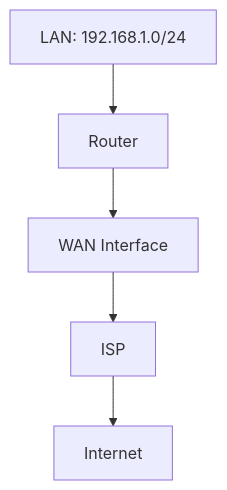
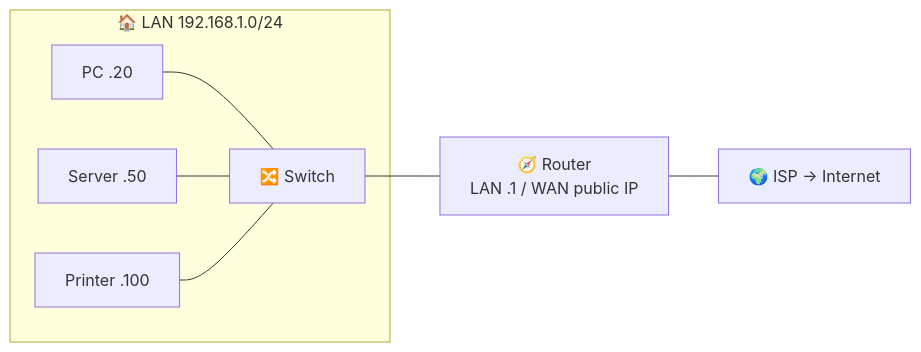
One commit to RyanM-Dev/My-Summery changed the second of 12 diagrams in DevOps/NaNa/Linux/6. Networking Fundamentals.md. Above: the diagram before and after it, drawn with Mermaid. The commit also changed other lines of this file and 16 other files, not shown here.

````diff
--- a/DevOps/NaNa/Linux/6. Networking Fundamentals.md
+++ b/DevOps/NaNa/Linux/6. Networking Fundamentals.md
@@ -421,12 +94,10 @@
 ```mermaid
-flowchart TD
-    N0["LAN: 192.168.1.0/24"]
-    N1["Router"]
-    N2["WAN Interface"]
-    N3["ISP"]
-    N4["Internet"]
-    N0 --> N1
-    N1 --> N2
-    N2 --> N3
-    N3 --> N4
+flowchart LR
+    subgraph LAN ["🏠 LAN 192.168.1.0/24"]
+        PC["PC .20"] --- SW["🔀 Switch"]
+        SRV["Server .50"] --- SW
+        PR["Printer .100"] --- SW
+    end
+    SW --- R["🧭 Router\nLAN .1 / WAN public IP"]
+    R --- ISP["🌍 ISP → Internet"]
 ```
````
